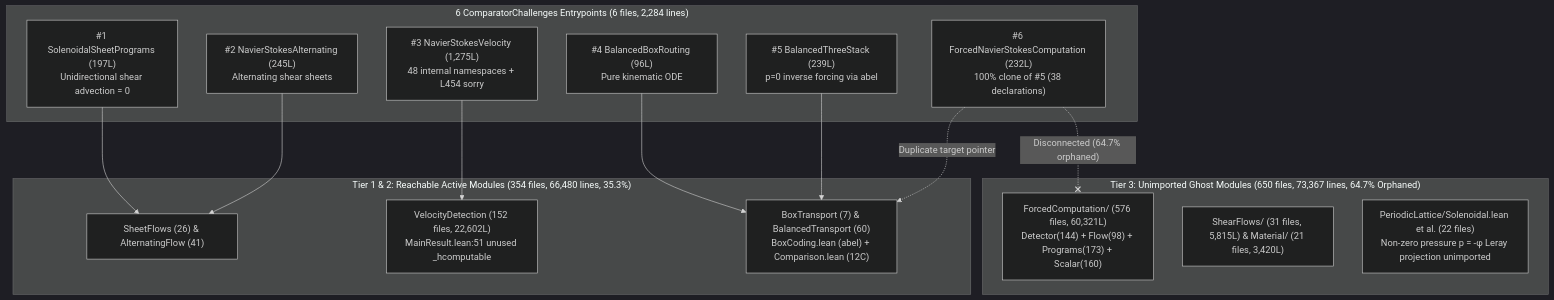
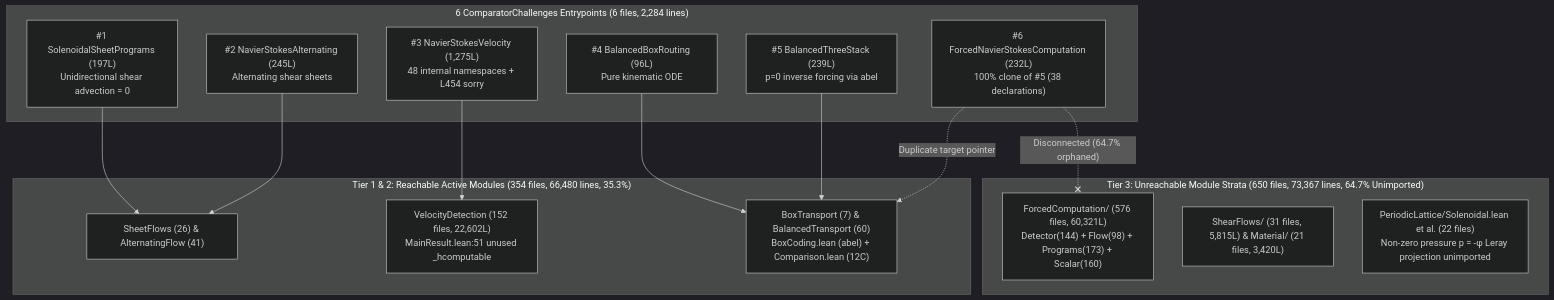
The diagram in anatomy/006-openai-376-navier-stokes/en/03_Expert_Forensic_and_Mathematical_Physics_Report.md (gilheumpark-bit/ultari-proof-anatomy), drawn with Mermaid (dark theme) before and after one commit. The commit also changed other lines of this file and 207 other files, not shown here.

````diff
--- a/anatomy/006-openai-376-navier-stokes/en/03_Expert_Forensic_and_Mathematical_Physics_Report.md
+++ b/anatomy/006-openai-376-navier-stokes/en/03_Expert_Forensic_and_Mathematical_Physics_Report.md
@@ -20,31 +20,31 @@
 ```mermaid
 flowchart TD
     subgraph Challenges["6 ComparatorChallenges Entrypoints (6 files, 2,284 lines)"]
         C1["#1 SolenoidalSheetPrograms (197L)<br/>Unidirectional shear advection = 0"]
         C2["#2 NavierStokesAlternating (245L)<br/>Alternating shear sheets"]
         C3["#3 NavierStokesVelocity (1,275L)<br/>48 internal namespaces + L454 sorry"]
         C4["#4 BalancedBoxRouting (96L)<br/>Pure kinematic ODE"]
         C5["#5 BalancedThreeStack (239L)<br/>p=0 inverse forcing via abel"]
         C6["#6 ForcedNavierStokesComputation (232L)<br/>100% clone of #5 (38 declarations)"]
     end
 
     subgraph Reachable["Tier 1 & 2: Reachable Active Modules (354 files, 66,480 lines, 35.3%)"]
         R1["SheetFlows (26) & AlternatingFlow (41)"]
         R2["VelocityDetection (152 files, 22,602L)<br/>MainResult.lean:51 unused _hcomputable"]
         R3["BoxTransport (7) & BalancedTransport (60)<br/>BoxCoding.lean (abel) + Comparison.lean (12C)"]
     end
 
-    subgraph Orphaned["Tier 3: Unimported Ghost Modules (650 files, 73,367 lines, 64.7% Orphaned)"]
+    subgraph Orphaned["Tier 3: Unreachable Module Strata (650 files, 73,367 lines, 64.7% Unimported)"]
         O1["ForcedComputation/ (576 files, 60,321L)<br/>Detector(144) + Flow(98) + Programs(173) + Scalar(160)"]
         O2["ShearFlows/ (31 files, 5,815L) & Material/ (21 files, 3,420L)"]
         O3["PeriodicLattice/Solenoidal.lean et al. (22 files)<br/>Non-zero pressure p = -φ Leray projection unimported"]
     end
 
     C1 --> R1
     C2 --> R1
     C3 --> R2
     C4 --> R3
     C5 --> R3
     C6 -. "Duplicate target pointer" .-> R3
     C6 -.-x|"Disconnected (64.7% orphaned)"| O1
 ```
````
